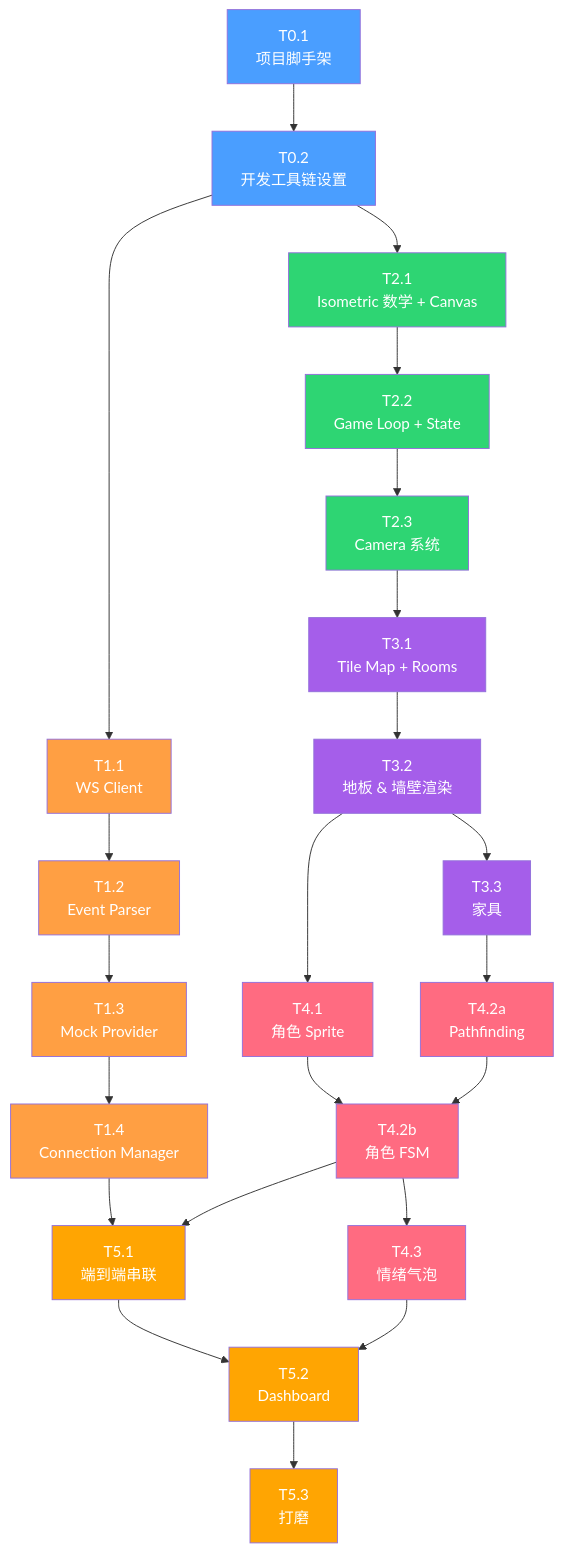
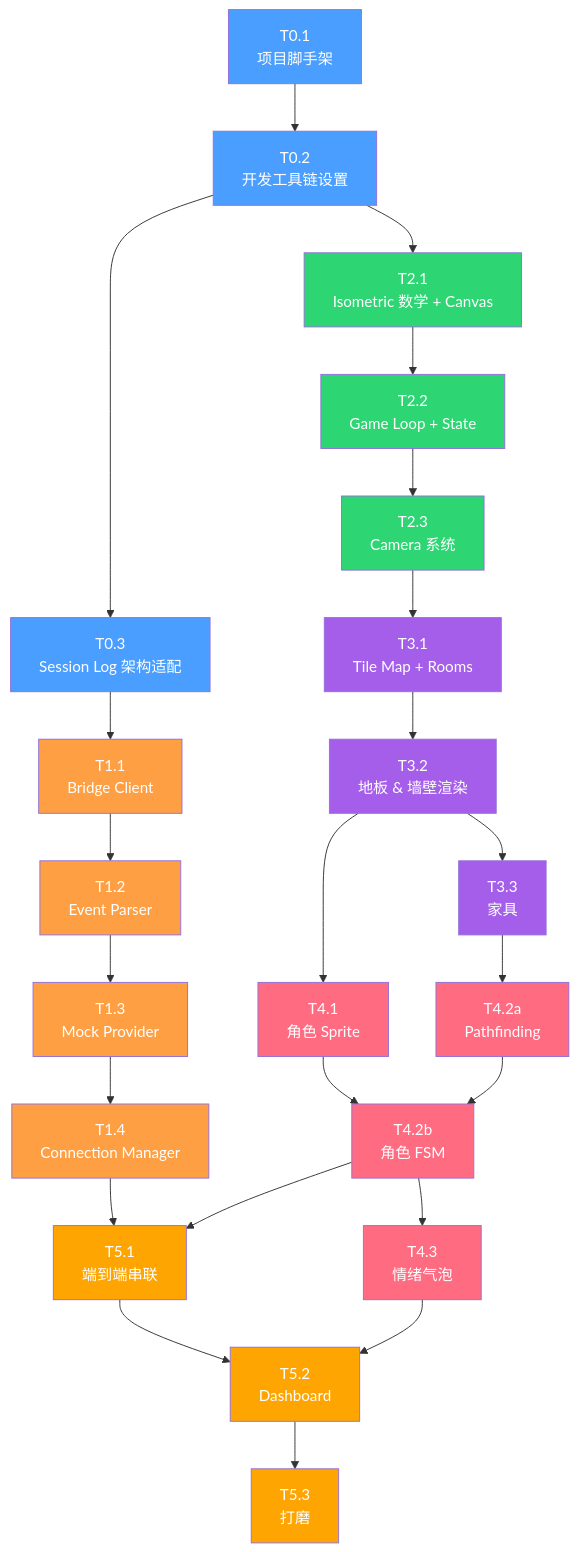
One commit to luyao618/watch-claw-working changed the diagram in docs/TASKS_CN.md. Above: the diagram before and after it, drawn with Mermaid. The commit also changed other lines of this file and 6 other files, not shown here.

````diff
--- a/docs/TASKS_CN.md
+++ b/docs/TASKS_CN.md
@@ -959,75 +1027,78 @@
 ```mermaid
 graph TD
     T0.1["T0.1<br/>项目脚手架"]
     T0.2["T0.2<br/>开发工具链设置"]
-    T1.1["T1.1<br/>WS Client"]
+    T0.3["T0.3<br/>Session Log 架构适配"]
+    T1.1["T1.1<br/>Bridge Client"]
     T1.2["T1.2<br/>Event Parser"]
     T1.3["T1.3<br/>Mock Provider"]
     T1.4["T1.4<br/>Connection Manager"]
     T2.1["T2.1<br/>Isometric 数学 + Canvas"]
     T2.2["T2.2<br/>Game Loop + State"]
     T2.3["T2.3<br/>Camera 系统"]
     T3.1["T3.1<br/>Tile Map + Rooms"]
     T3.2["T3.2<br/>地板 & 墙壁渲染"]
     T3.3["T3.3<br/>家具"]
     T4.1["T4.1<br/>角色 Sprite"]
     T4.2a["T4.2a<br/>Pathfinding"]
     T4.2b["T4.2b<br/>角色 FSM"]
     T4.3["T4.3<br/>情绪气泡"]
     T5.1["T5.1<br/>端到端串联"]
     T5.2["T5.2<br/>Dashboard"]
     T5.3["T5.3<br/>打磨"]
 
     T0.1 --> T0.2
+    T0.2 --> T0.3
 
     %% Phase 1（Connection）—— 顺序链
-    T0.2 --> T1.1
+    T0.3 --> T1.1
     T1.1 --> T1.2
     T1.2 --> T1.3
     T1.3 --> T1.4
 
     %% Phase 2（Engine）—— 可与 Phase 1 并行启动
     T0.2 --> T2.1
     T2.1 --> T2.2
     T2.2 --> T2.3
 
     %% Phase 3（World）—— 需要 engine
     T2.3 --> T3.1
     T3.1 --> T3.2
     T3.2 --> T3.3
 
     %% Phase 4（Character）—— 需要 world + renderer
     T3.2 --> T4.1
     T3.3 --> T4.2a
     T4.1 --> T4.2b
     T4.2a --> T4.2b
     T4.2b --> T4.3
 
     %% Phase 5（Integration）—— 需要 Connection 和 Character
     T1.4 --> T5.1
     T4.2b --> T5.1
     T5.1 --> T5.2
     T4.3 --> T5.2
     T5.2 --> T5.3
 
     %% 样式
     style T0.1 fill:#4a9eff,color:#fff
     style T0.2 fill:#4a9eff,color:#fff
+    style T0.3 fill:#4a9eff,color:#fff
     style T1.1 fill:#ff9f43,color:#fff
     style T1.2 fill:#ff9f43,color:#fff
     style T1.3 fill:#ff9f43,color:#fff
     style T1.4 fill:#ff9f43,color:#fff
     style T2.1 fill:#2ed573,color:#fff
     style T2.2 fill:#2ed573,color:#fff
     style T2.3 fill:#2ed573,color:#fff
     style T3.1 fill:#a55eea,color:#fff
     style T3.2 fill:#a55eea,color:#fff
     style T3.3 fill:#a55eea,color:#fff
     style T4.1 fill:#ff6b81,color:#fff
     style T4.2a fill:#ff6b81,color:#fff
     style T4.2b fill:#ff6b81,color:#fff
     style T4.3 fill:#ff6b81,color:#fff
     style T5.1 fill:#ffa502,color:#fff
     style T5.2 fill:#ffa502,color:#fff
     style T5.3 fill:#ffa502,color:#fff
 ```
````
